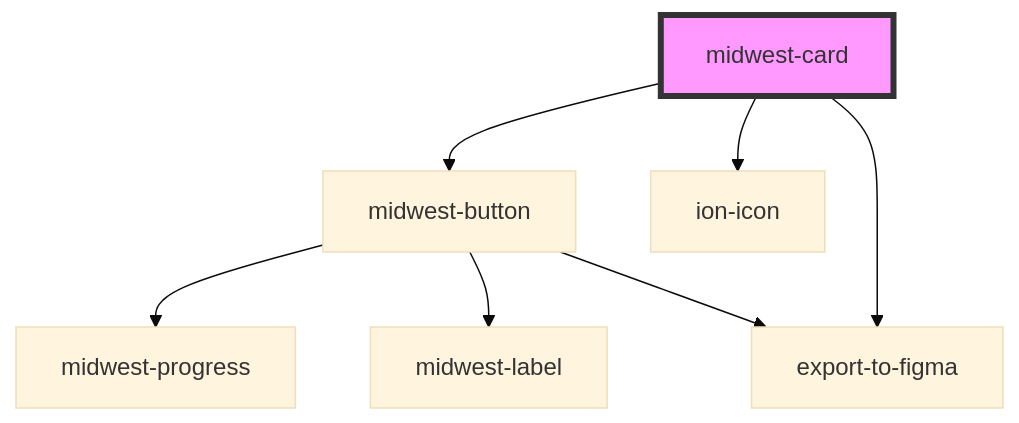
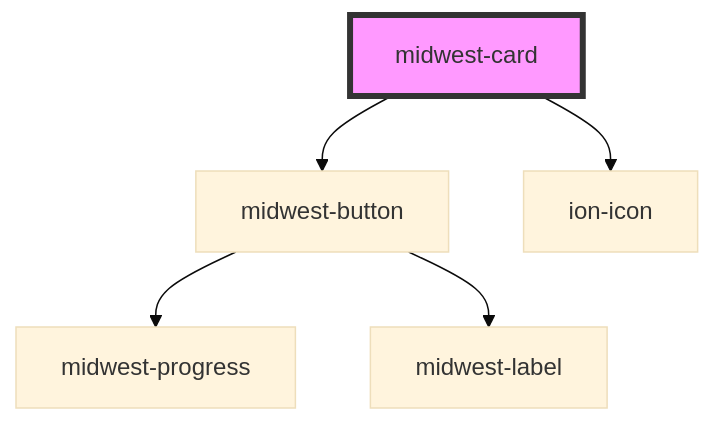
Before and after one commit to splitinfinities/Midwest: the diagram in packages/core/docs/components/card/readme.md, drawn with Mermaid (base theme). The commit also changed other lines of this file and 53 other files, not shown here.

````diff
--- a/packages/core/docs/components/card/readme.md
+++ b/packages/core/docs/components/card/readme.md
@@ -66,10 +65,8 @@
 ```mermaid
 graph TD;
   midwest-card --> midwest-button
   midwest-card --> ion-icon
-  midwest-card --> export-to-figma
   midwest-button --> midwest-progress
   midwest-button --> midwest-label
-  midwest-button --> export-to-figma
   style midwest-card fill:#f9f,stroke:#333,stroke-width:4px
 ```
````
